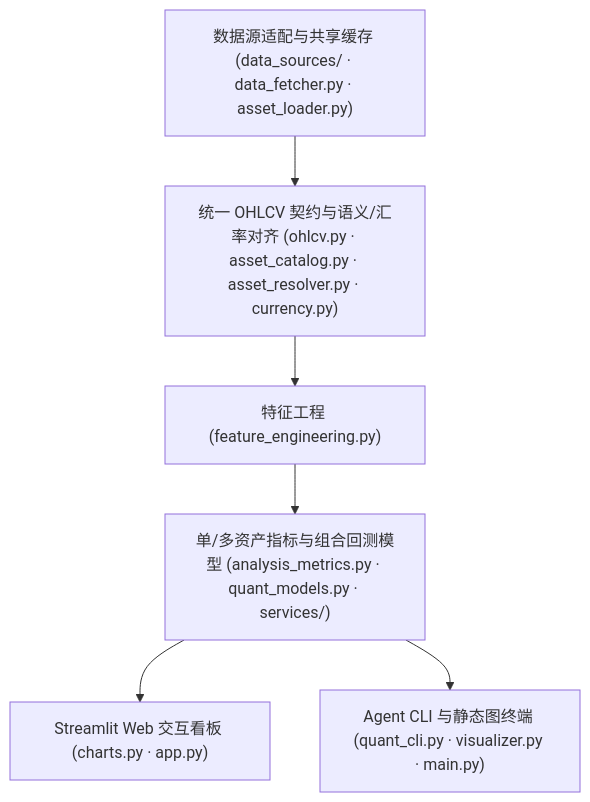
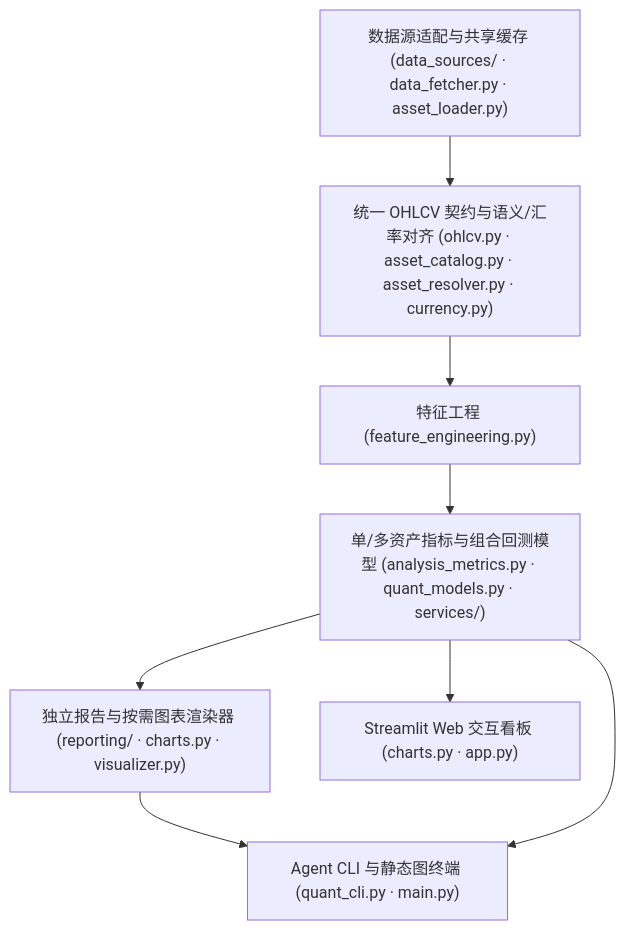
The diagram in README.md (Ultramarine-1011/Quantitative_Analysis), drawn with Mermaid before and after one commit. The commit also changed other lines of this file and 12 other files, not shown here.

Commit message:
feat(m4): add standalone report and chart renderers with CLI integration

````diff
--- a/README.md
+++ b/README.md
@@ -182,15 +187,18 @@
 ```mermaid
 flowchart TB
     Sources["数据源适配与共享缓存 (data_sources/ · data_fetcher.py · asset_loader.py)"]
     Contract["统一 OHLCV 契约与语义/汇率对齐 (ohlcv.py · asset_catalog.py · asset_resolver.py · currency.py)"]
     Features["特征工程 (feature_engineering.py)"]
     Analytics["单/多资产指标与组合回测模型 (analysis_metrics.py · quant_models.py · services/)"]
+    Reporting["独立报告与按需图表渲染器 (reporting/ · charts.py · visualizer.py)"]
     WebUI["Streamlit Web 交互看板 (charts.py · app.py)"]
-    CLI["Agent CLI 与静态图终端 (quant_cli.py · visualizer.py · main.py)"]
+    CLI["Agent CLI 与静态图终端 (quant_cli.py · main.py)"]
 
     Sources --> Contract
     Contract --> Features
     Features --> Analytics
+    Analytics --> Reporting
     Analytics --> WebUI
+    Reporting --> CLI
     Analytics --> CLI
 ```
````
